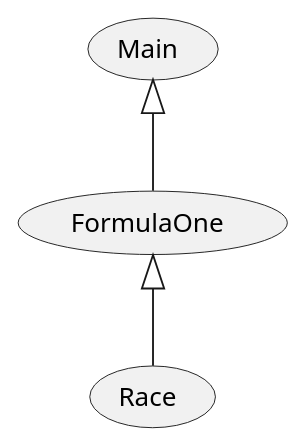
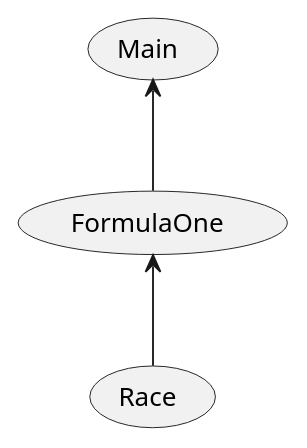
The diagram in Documentation/DomainModel.puml (Peter537/Dat1-SP4), drawn with PlantUML before and after one commit.

```diff
--- a/Documentation/DomainModel.puml
+++ b/Documentation/DomainModel.puml
@@ -1,7 +1,7 @@
 @startuml
 
-(Main) <|-- (FormulaOne)
+(Main) <-- (FormulaOne)
 
-(FormulaOne) <|-- (Race)
+(FormulaOne) <-- (Race)
 
 @enduml
```
